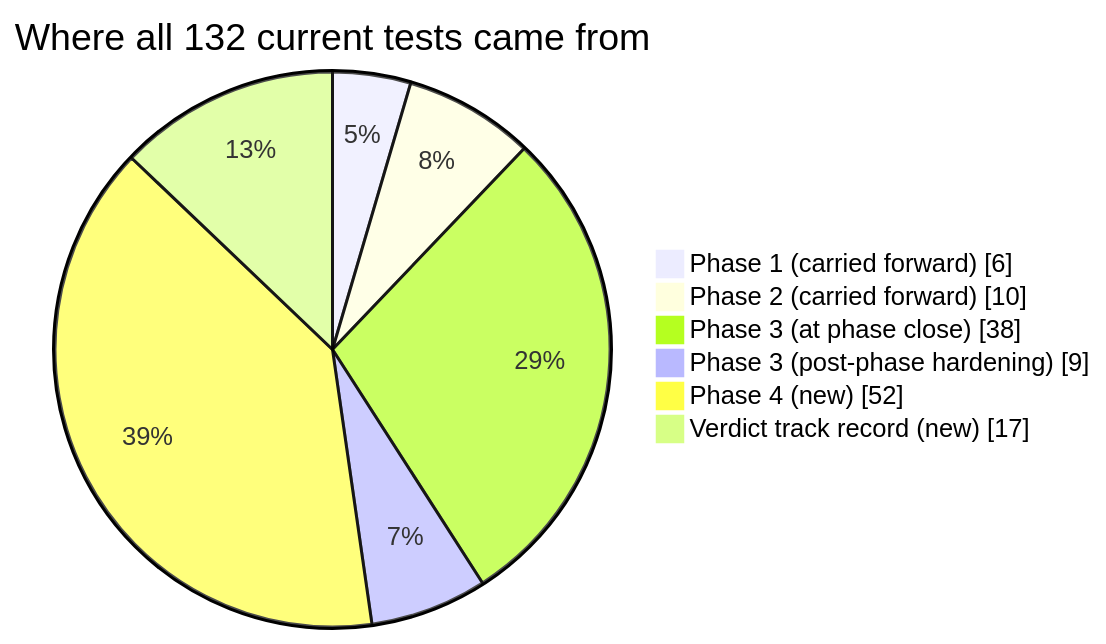
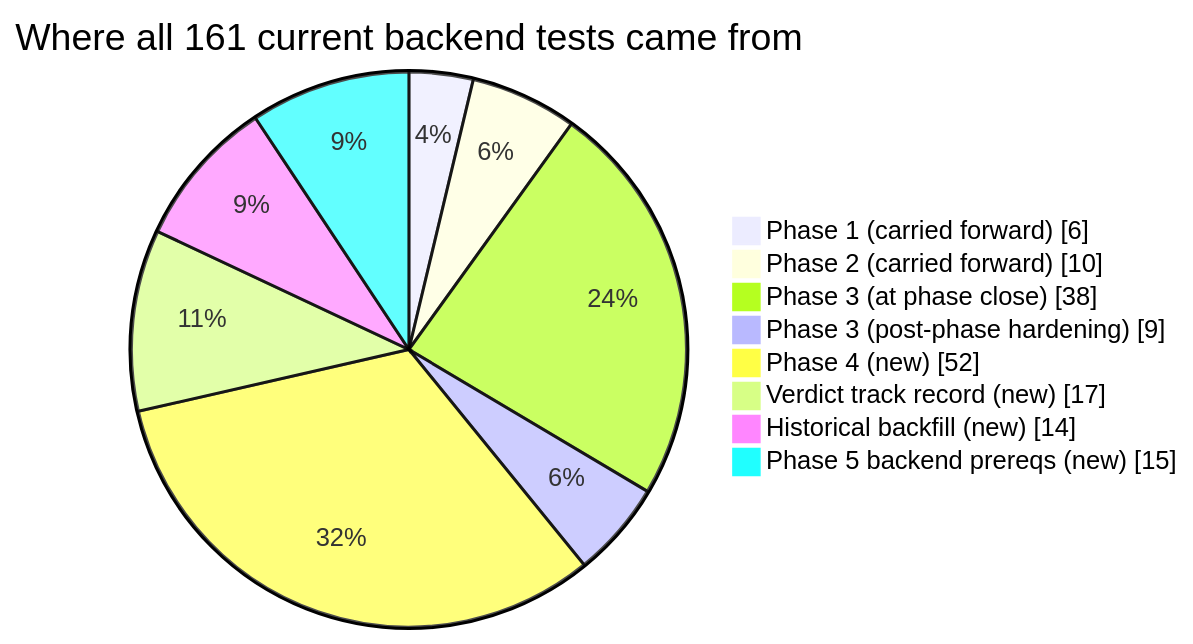
The second of 2 diagrams in documentations/tests/README.md (luicsw/Trader), drawn with Mermaid before and after one commit. The commit also changed other lines of this file and 51 other files, not shown here.

````diff
--- a/documentations/tests/README.md
+++ b/documentations/tests/README.md
@@ -35,10 +39,12 @@
 ```mermaid
 pie showData
-    title Where all 132 current tests came from
+    title Where all 161 current backend tests came from
     "Phase 1 (carried forward)" : 6
     "Phase 2 (carried forward)" : 10
     "Phase 3 (at phase close)" : 38
     "Phase 3 (post-phase hardening)" : 9
     "Phase 4 (new)" : 52
     "Verdict track record (new)" : 17
+    "Historical backfill (new)" : 14
+    "Phase 5 backend prereqs (new)" : 15
 ```
````
